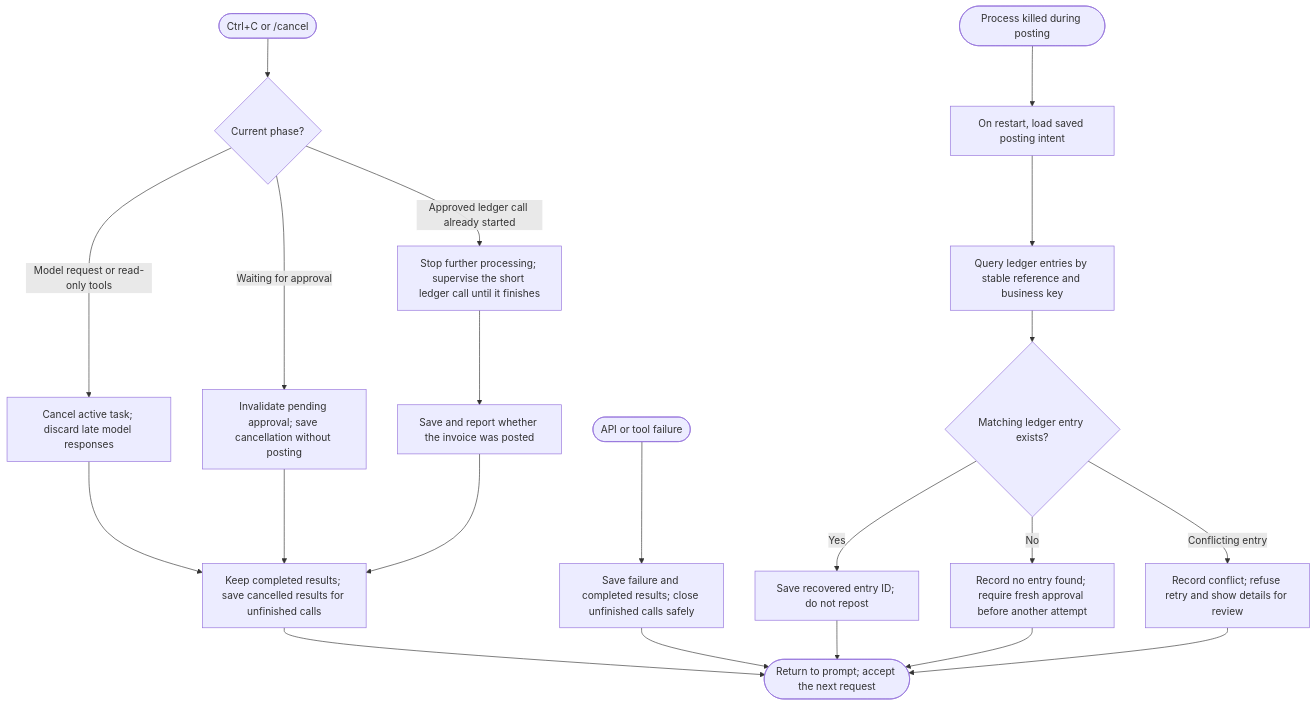
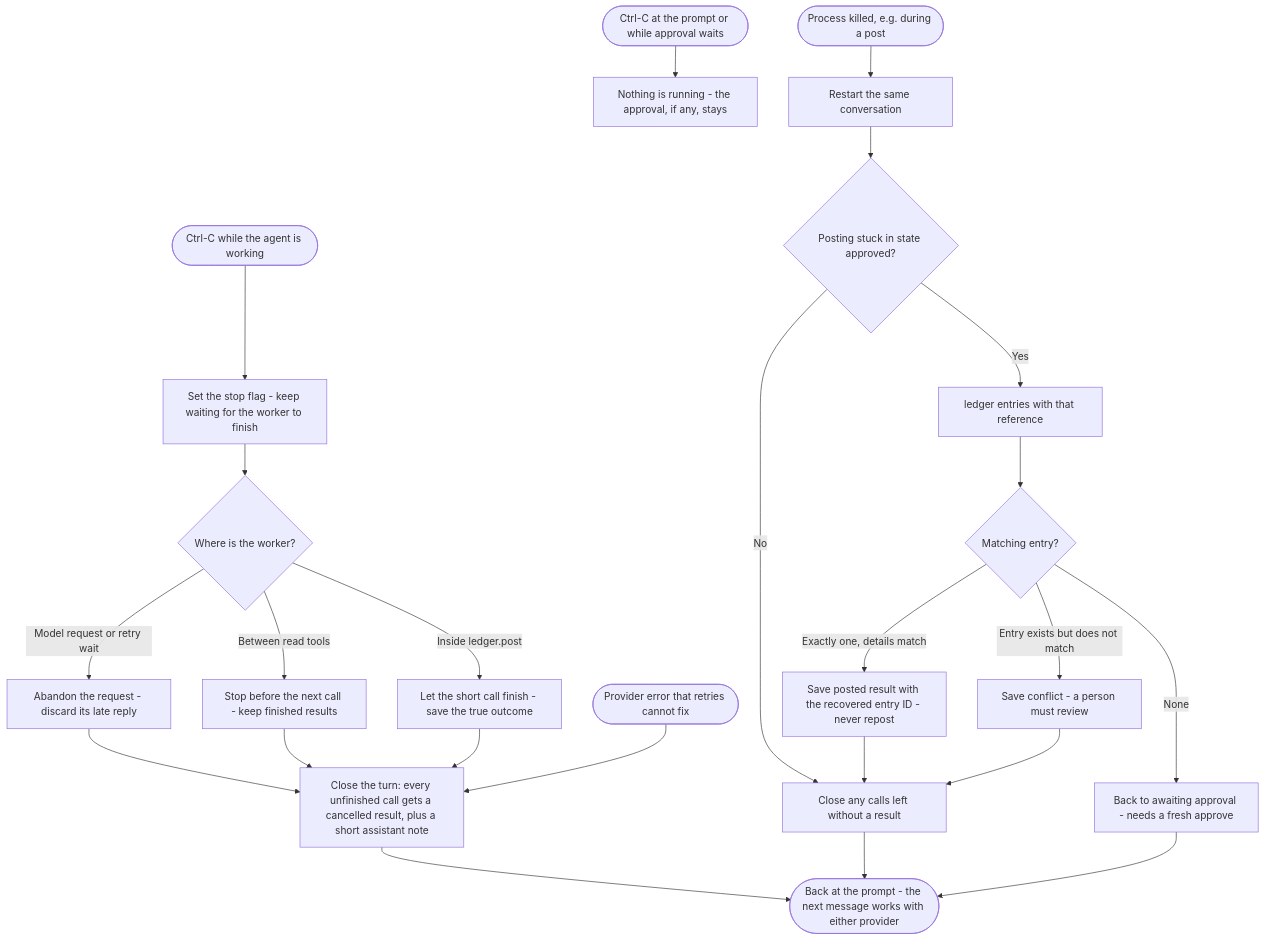
The third of 3 diagrams in FourX_Agent_Implementation_Plan.md (dixitbuild/fourX), drawn with Mermaid before and after one commit. The commit also changed other lines of this file and 17 other files, not shown here.

````diff
--- a/FourX_Agent_Implementation_Plan.md
+++ b/FourX_Agent_Implementation_Plan.md
@@ -118,25 +156,25 @@
 ```mermaid
 flowchart TD
-    Stop([Ctrl+C or /cancel]) --> Phase{Current phase?}
-    Phase -->|Model request or read-only tools| Cancel[Cancel active task; discard late model responses]
-    Cancel --> Checkpoint[Keep completed results; save cancelled results for unfinished calls]
-    Phase -->|Waiting for approval| Invalidate[Invalidate pending approval; save cancellation without posting]
-    Invalidate --> Checkpoint
-    Phase -->|Approved ledger call already started| Supervise[Stop further processing; supervise the short ledger call until it finishes]
-    Supervise --> Record[Save and report whether the invoice was posted]
-    Record --> Checkpoint
-    Checkpoint --> Ready([Return to prompt; accept the next request])
+    Stop([Ctrl-C while the agent is working]) --> Flag[Set the stop flag - keep waiting for the worker to finish]
+    Flag --> Phase{Where is the worker?}
+    Phase -->|Model request or retry wait| Abandon[Abandon the request - discard its late reply]
+    Phase -->|Between read tools| Between[Stop before the next call - keep finished results]
+    Phase -->|Inside ledger.post| Finish[Let the short call finish - save the true outcome]
+    Abandon --> Close
+    Between --> Close
+    Finish --> Close
+    Close[Close the turn: every unfinished call gets a cancelled result, plus a short assistant note]
+    Close --> Ready([Back at the prompt - the next message works with either provider])
+    Idle([Ctrl-C at the prompt or while approval waits]) --> Nothing[Nothing is running - the approval, if any, stays]
 
-    Failure([API or tool failure]) --> Saved[Save failure and completed results; close unfinished calls safely]
-    Saved --> Ready
+    Failure([Provider error that retries cannot fix]) --> Close
 
-    Crash([Process killed during posting]) --> Restart[On restart, load saved posting intent]
-    Restart --> Inspect[Query ledger entries by stable reference and business key]
-    Inspect --> Exists{Matching ledger entry exists?}
-    Exists -->|Yes| Posted[Save recovered entry ID; do not repost]
-    Exists -->|No| Fresh[Record no entry found; require fresh approval before another attempt]
-    Exists -->|Conflicting entry| Conflict[Record conflict; refuse retry and show details for review]
-    Posted --> Ready
-    Fresh --> Ready
-    Conflict --> Ready
+    Crash([Process killed, e.g. during a post]) --> Restart[Restart the same conversation]
+    Restart --> Find{Posting stuck in state approved?}
+    Find -->|No| Dangling[Close any calls left without a result] --> Ready
+    Find -->|Yes| Lookup[ledger entries with that reference]
+    Lookup --> Count{Matching entry?}
+    Count -->|"Exactly one, details match"| Recovered[Save posted result with the recovered entry ID - never repost] --> Dangling
+    Count -->|"Entry exists but does not match"| Conflict[Save conflict - a person must review] --> Dangling
+    Count -->|None| Again[Back to awaiting approval - needs a fresh approve] --> Ready
 ```
````
